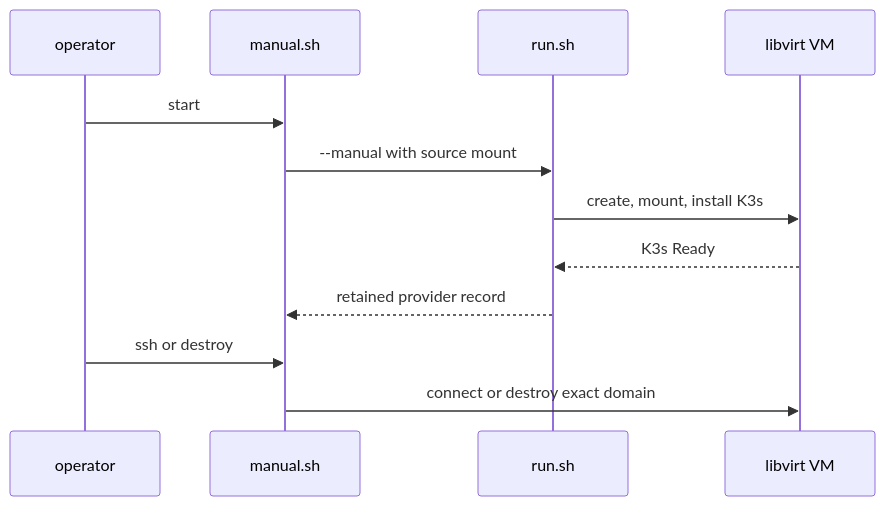
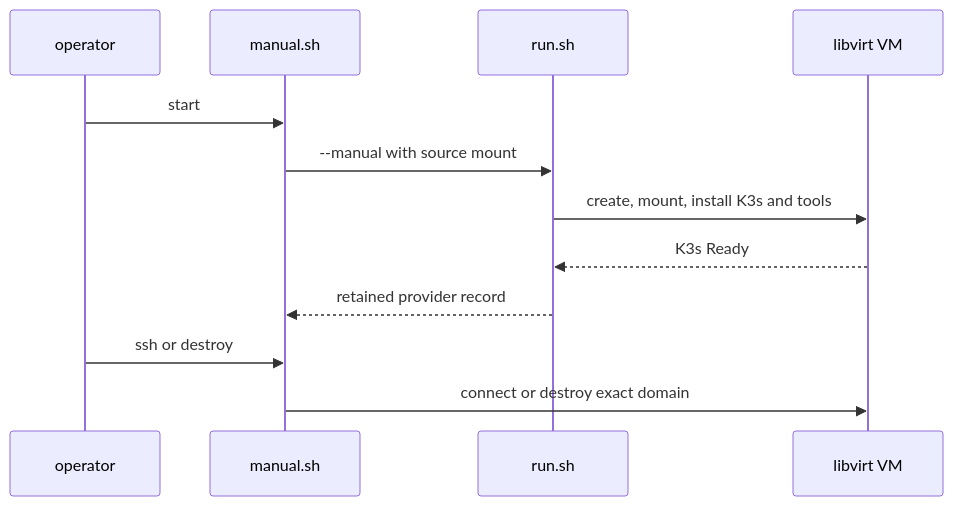
The first of 30 diagrams in docs/plans/mithril-hugging-face-intrusion-prevention/implemented-phase-review.md (Ereborlabs/erebor-runtime), drawn with Mermaid before and after one commit. The commit also changed other lines of this file and 5 other files, not shown here.

````diff
--- a/docs/plans/mithril-hugging-face-intrusion-prevention/implemented-phase-review.md
+++ b/docs/plans/mithril-hugging-face-intrusion-prevention/implemented-phase-review.md
@@ -56,15 +58,15 @@
 ```mermaid
 sequenceDiagram
     participant O as operator
     participant M as manual.sh
     participant R as run.sh
     participant V as libvirt VM
 
     O->>M: start
     M->>R: --manual with source mount
-    R->>V: create, mount, install K3s
+    R->>V: create, mount, install K3s and tools
     V-->>R: K3s Ready
     R-->>M: retained provider record
     O->>M: ssh or destroy
     M->>V: connect or destroy exact domain
 ```
````
